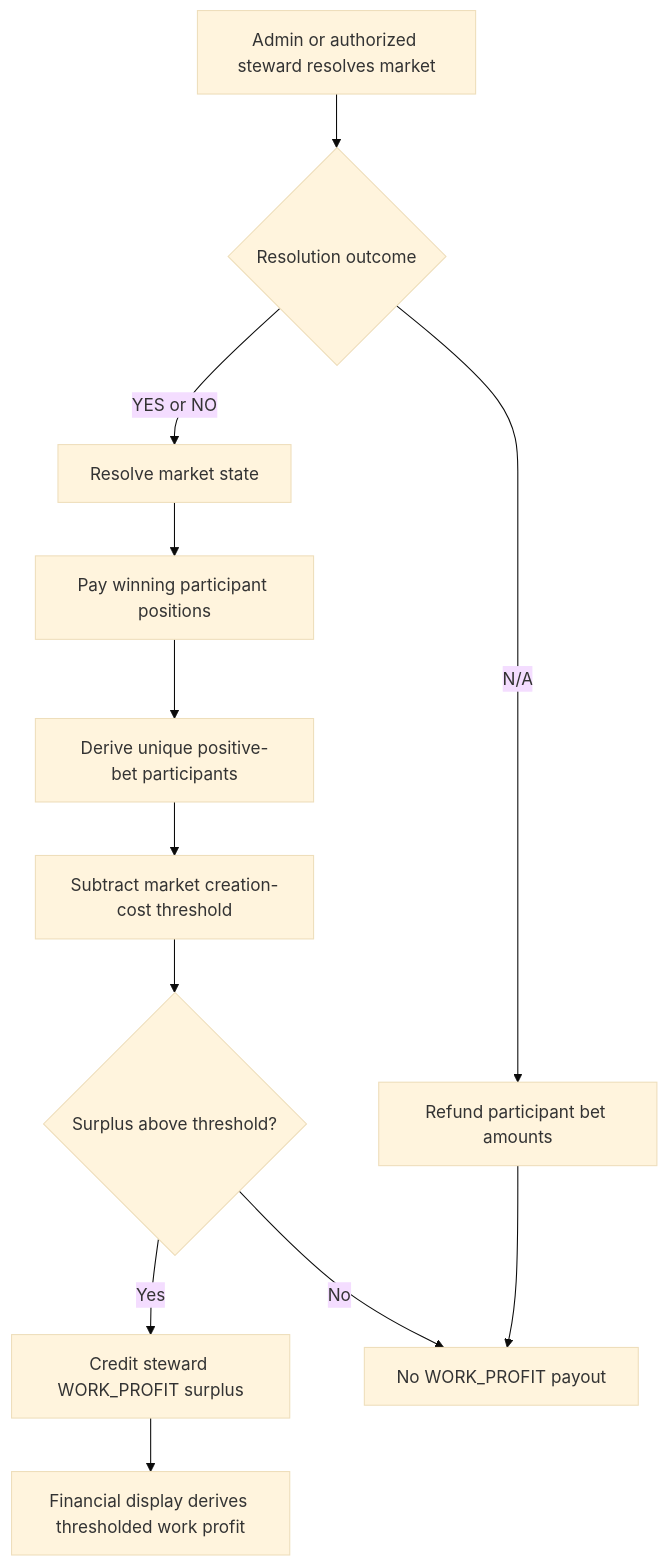
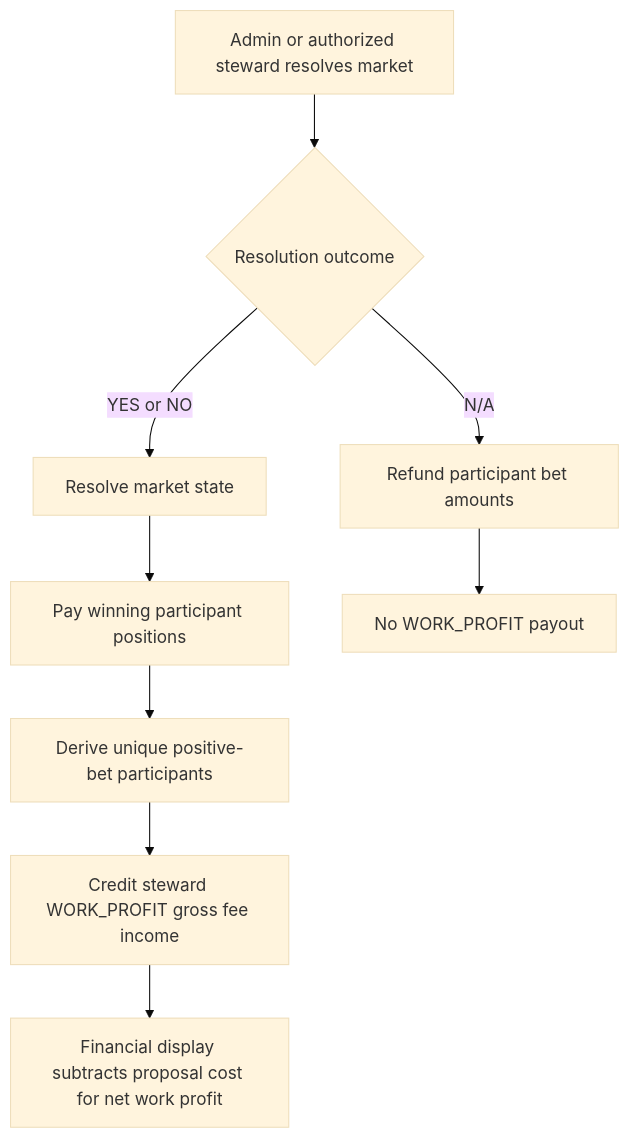
The diagram in README/PRODUCTION-NOTES/FEATURES/12/DESIGN.md (openpredictionmarkets/socialpredict), drawn with Mermaid (base theme) before and after one commit. The commit also changed other lines of this file and 24 other files, not shown here.

Commit message:
feat: reconcile work profit reporting

````diff
--- a/README/PRODUCTION-NOTES/FEATURES/12/DESIGN.md
+++ b/README/PRODUCTION-NOTES/FEATURES/12/DESIGN.md
@@ -35,14 +35,11 @@
 ```mermaid
 flowchart TD
   A[Admin or authorized steward resolves market] --> B{Resolution outcome}
   B -->|N/A| C[Refund participant bet amounts]
   B -->|YES or NO| D[Resolve market state]
   D --> E[Pay winning participant positions]
   E --> F[Derive unique positive-bet participants]
-  F --> G[Subtract market creation-cost threshold]
-  G --> H{Surplus above threshold?}
-  H -->|Yes| I[Credit steward WORK_PROFIT surplus]
-  H -->|No| J[No WORK_PROFIT payout]
-  C --> J
-  I --> K[Financial display derives thresholded work profit]
+  F --> G[Credit steward WORK_PROFIT gross fee income]
+  C --> H[No WORK_PROFIT payout]
+  G --> I[Financial display subtracts proposal cost for net work profit]
 ```
````
